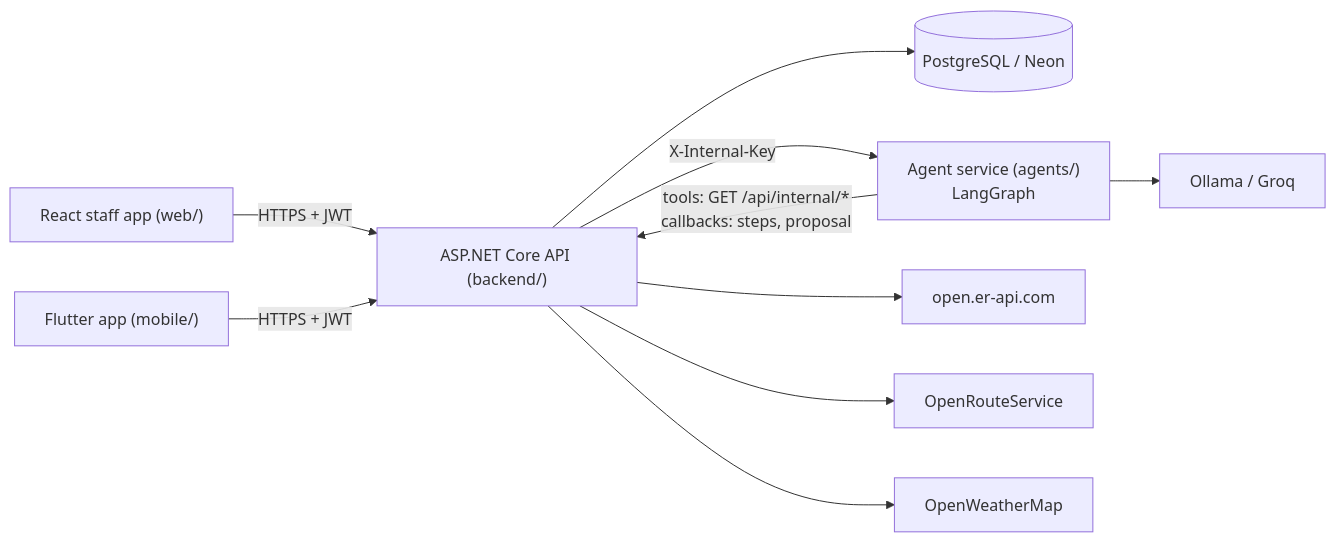
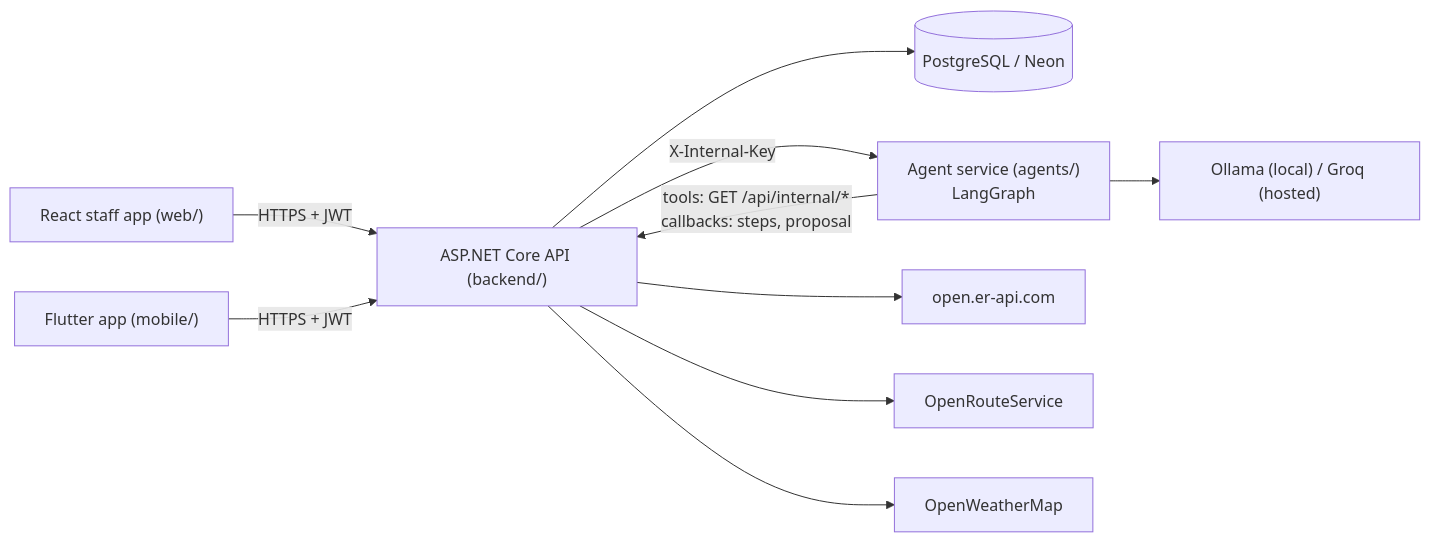
The first of 2 diagrams in README.md (IT24103817/TripCraft), drawn with Mermaid before and after one commit. The commit also changed other lines of this file and 35 other files, not shown here.

Commit message:
feat(agents): Groq hosted provider with 429/503 handling; validation concerns advisory-only; lowest-cost replan fix

````diff
--- a/README.md
+++ b/README.md
@@ -152,12 +153,12 @@
 ```mermaid
 flowchart LR
     W["React staff app (web/)"] -- "HTTPS + JWT" --> API
     M["Flutter app (mobile/)"] -- "HTTPS + JWT" --> API
     API["ASP.NET Core API (backend/)"] --> DB[("PostgreSQL / Neon")]
     API -- "X-Internal-Key" --> AG["Agent service (agents/)<br/>LangGraph"]
     AG -- "tools: GET /api/internal/*<br/>callbacks: steps, proposal" --> API
-    AG --> LLM["Ollama / Groq"]
+    AG --> LLM["Ollama (local) / Groq (hosted)"]
     API --> FX["open.er-api.com"]
     API --> ORS["OpenRouteService"]
     API --> OWM["OpenWeatherMap"]
 ```
````
